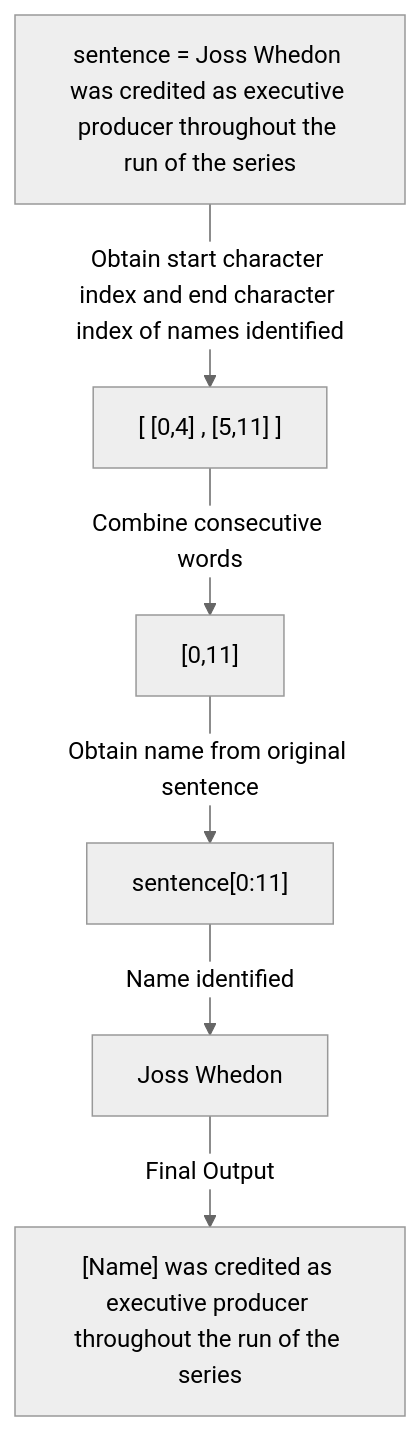
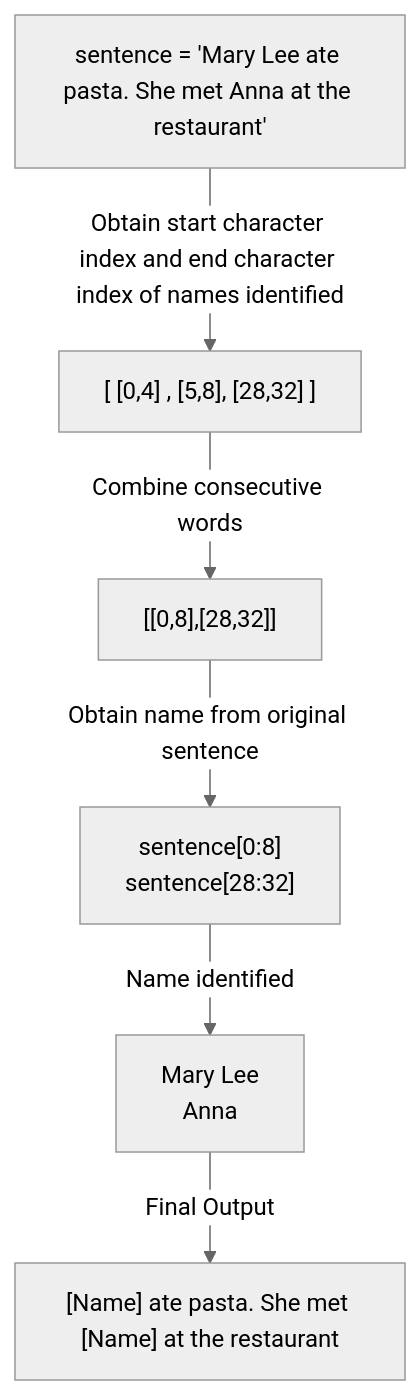
The second of 3 diagrams in README.md (joeytxy/anonymization_tool), drawn with Mermaid (neutral theme) before and after one commit. The commit also changed other lines of this file, not shown here.

````diff
--- a/README.md
+++ b/README.md
@@ -216,9 +217,9 @@
 ```mermaid
 flowchart TD
-  A[sentence = Joss Whedon was credited as executive producer throughout the run of the series];
-  A -- Obtain start character index and end character index of names identified --> B["[ [0,4] , [5,11] ]"];
-  B -- Combine consecutive words --> C["[0,11]"];
-  C -- Obtain name from original sentence --> D["sentence[0:11]"];
-  D -- Name identified --> E[Joss Whedon];
-  E -- Final Output --> F["[Name] was credited as executive producer throughout the run of the series"] 
+  A[sentence = 'Mary Lee ate pasta. She met Anna at the restaurant'];
+  A -- Obtain start character index and end character index of names identified --> B["[ [0,4] , [5,8], [28,32] ]"];
+  B -- Combine consecutive words --> C["[[0,8],[28,32]]"];
+  C -- Obtain name from original sentence --> D["sentence[0:8] <br/> sentence[28:32]"];
+  D -- Name identified --> E[Mary Lee \n Anna];
+  E -- Final Output --> H["[Name] ate pasta. She met [Name] at the restaurant"] 
 ```
````
